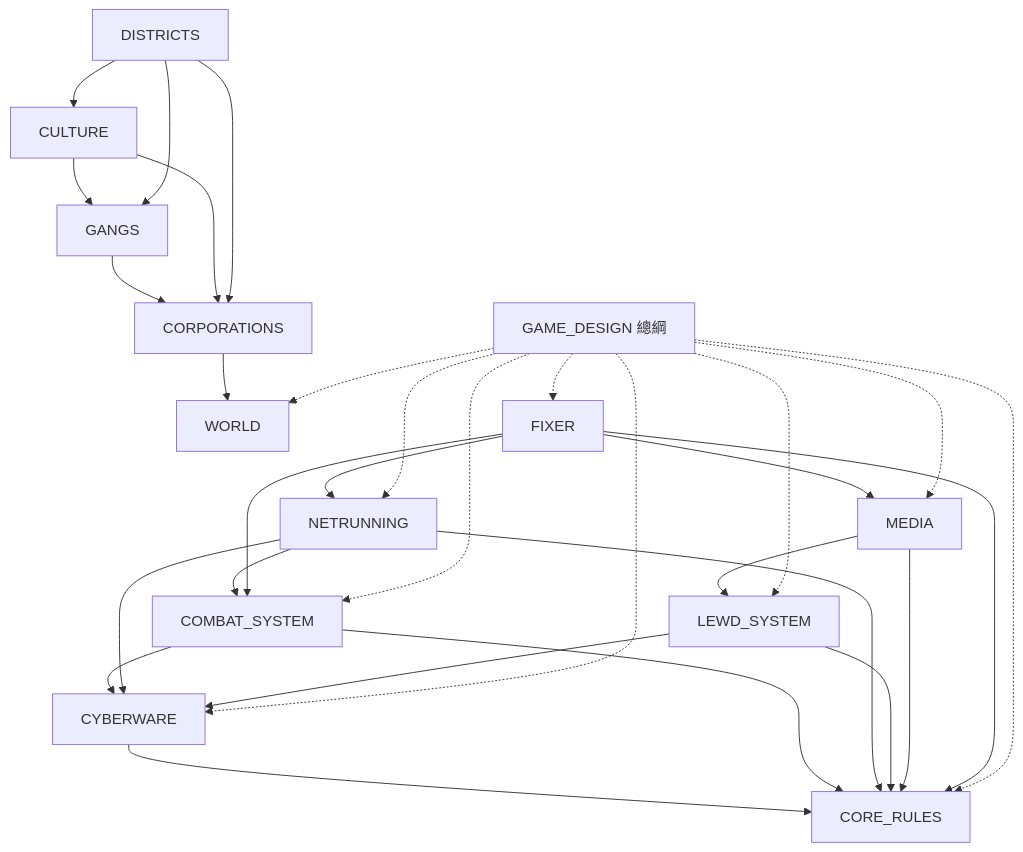
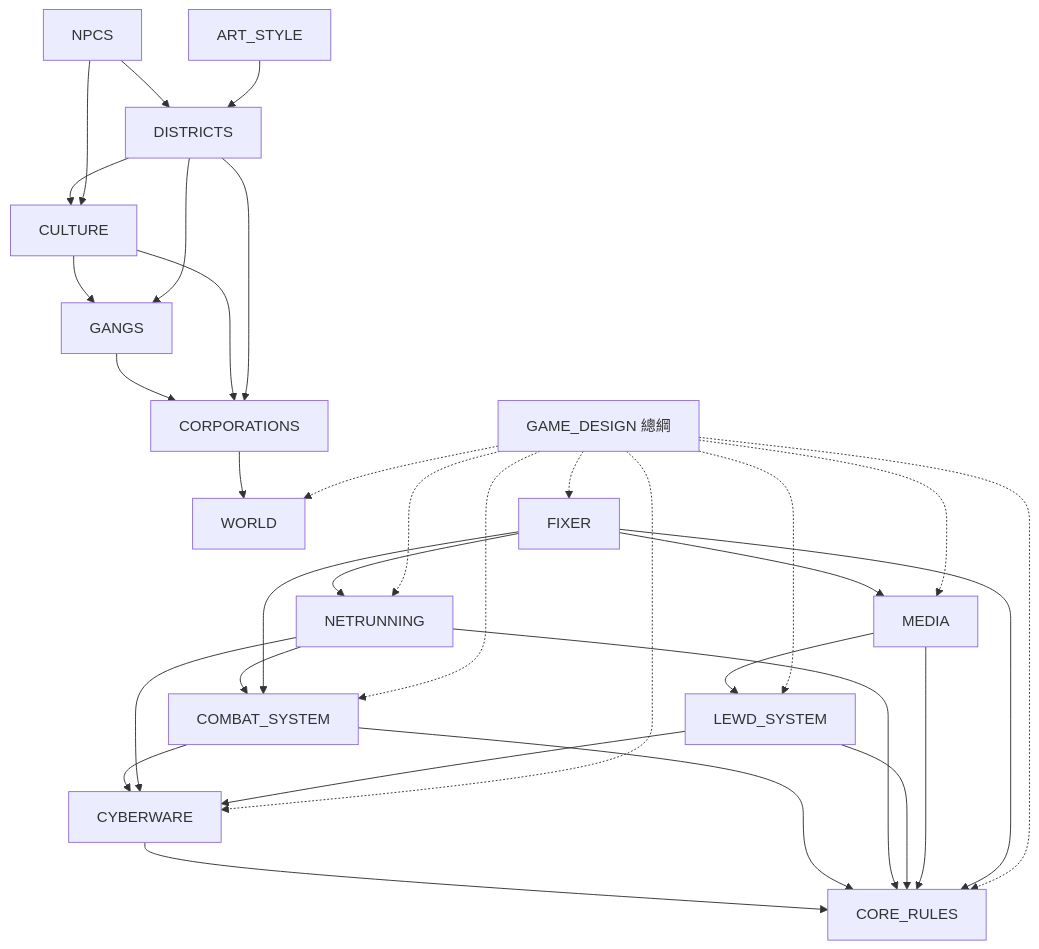
Before and after one commit to yellow630914/CyberpunkPink: the diagram in docs/README.md, drawn with Mermaid. The commit also changed other lines of this file and 9 other files, not shown here.

First line of the commit message:
新增固定 NPC、美術風格與繪圖管線

````diff
--- a/docs/README.md
+++ b/docs/README.md
@@ -40,28 +44,31 @@
 ```mermaid
 flowchart TD
   GD[GAME_DESIGN 總綱]
   WD[WORLD]
   CO[CORPORATIONS] --> WD
   GA[GANGS] --> CO
   CU[CULTURE] --> CO
   CU --> GA
   DI[DISTRICTS] --> CO
   DI --> GA
   DI --> CU
+  NP[NPCS] --> DI
+  NP --> CU
+  AR[ART_STYLE] --> DI
   CR[CORE_RULES]
   CW[CYBERWARE] --> CR
   CB[COMBAT_SYSTEM] --> CR
   CB --> CW
   NR[NETRUNNING] --> CR
   NR --> CW
   NR --> CB
   LS[LEWD_SYSTEM] --> CR
   LS --> CW
   MD[MEDIA] --> CR
   MD --> LS
   FX[FIXER] --> CR
   FX --> CB
   FX --> NR
   FX --> MD
   GD -.-> WD & CR & CW & CB & NR & LS & MD & FX
 ```
````
